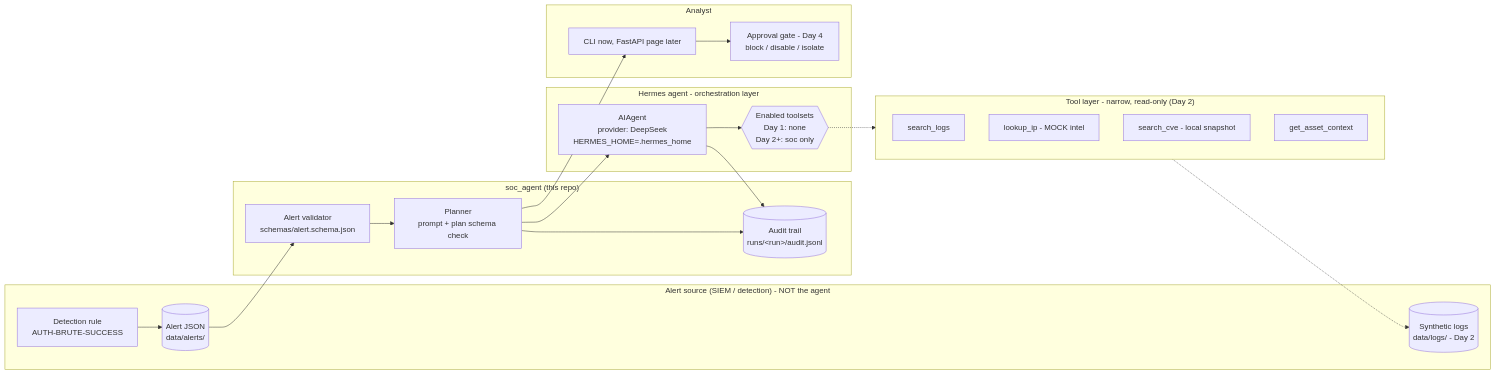
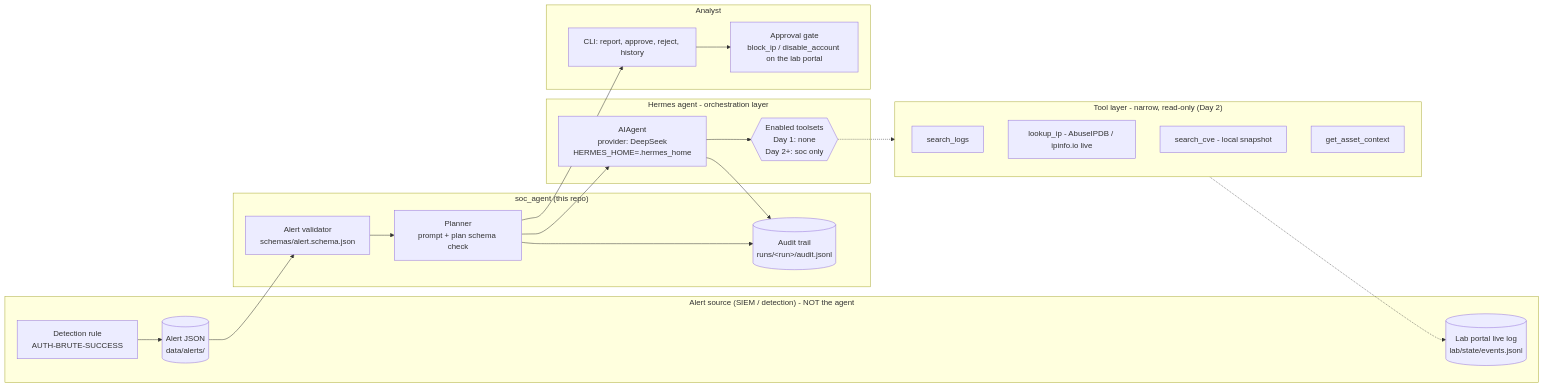
The first of 4 diagrams in docs/ARCHITECTURE.md (sidharth-cs/cehpoint-hermes-soc), drawn with Mermaid before and after one commit. The commit also changed other lines of this file and 57 other files, not shown here.

````diff
--- a/docs/ARCHITECTURE.md
+++ b/docs/ARCHITECTURE.md
@@ -5,38 +5,38 @@
 ```mermaid
 flowchart LR
     subgraph SIEM["Alert source (SIEM / detection) - NOT the agent"]
         R[Detection rule<br/>AUTH-BRUTE-SUCCESS] --> A[(Alert JSON<br/>data/alerts/)]
-        L[(Synthetic logs<br/>data/logs/ - Day 2)]
+        L[(Lab portal live log<br/>lab/state/events.jsonl)]
     end
 
     subgraph APP["soc_agent (this repo)"]
         V[Alert validator<br/>schemas/alert.schema.json]
         P[Planner<br/>prompt + plan schema check]
         AU[(Audit trail<br/>runs/&lt;run&gt;/audit.jsonl)]
     end
 
     subgraph HERMES["Hermes agent - orchestration layer"]
         H[AIAgent<br/>provider: DeepSeek<br/>HERMES_HOME=.hermes_home]
         TS{{Enabled toolsets<br/>Day 1: none<br/>Day 2+: soc only}}
     end
 
     subgraph TOOLS["Tool layer - narrow, read-only (Day 2)"]
         T1[search_logs]
-        T2[lookup_ip - MOCK intel]
+        T2[lookup_ip - AbuseIPDB / ipinfo.io live]
         T3[search_cve - local snapshot]
         T4[get_asset_context]
     end
 
     subgraph HUMAN["Analyst"]
-        UI[CLI now, FastAPI page later]
-        APR[Approval gate - Day 4<br/>block / disable / isolate]
+        UI[CLI: report, approve, reject, history]
+        APR[Approval gate<br/>block_ip / disable_account on the lab portal]
     end
 
     A --> V --> P --> H
     H --> TS -.-> TOOLS
     TOOLS -.-> L
     P --> AU
     H --> AU
     P --> UI
     UI --> APR
 ```
````
